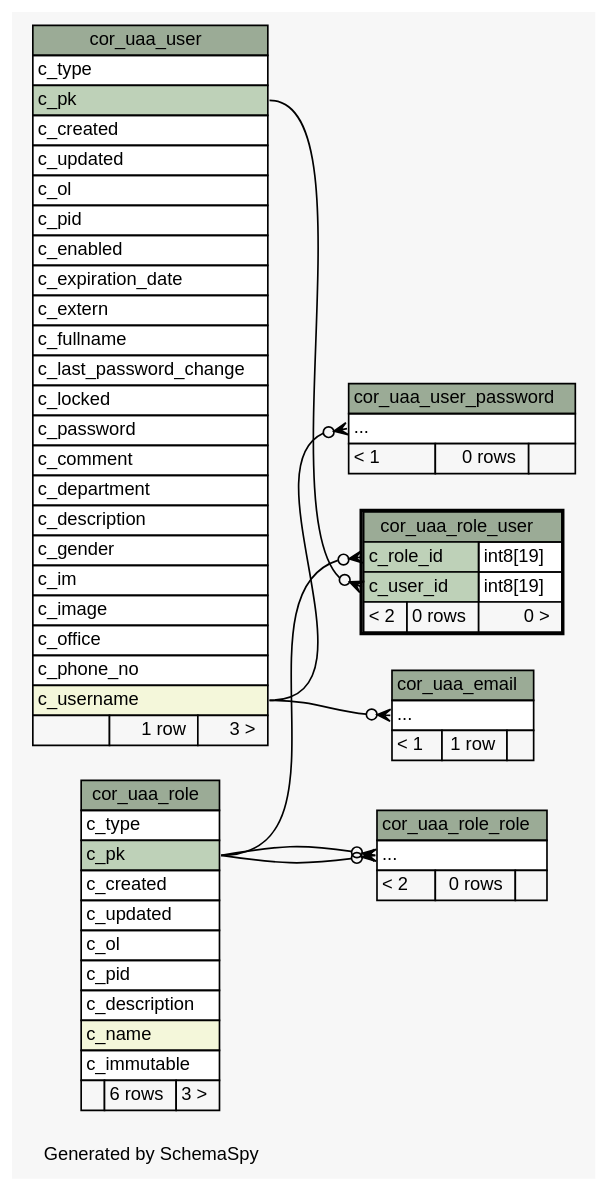
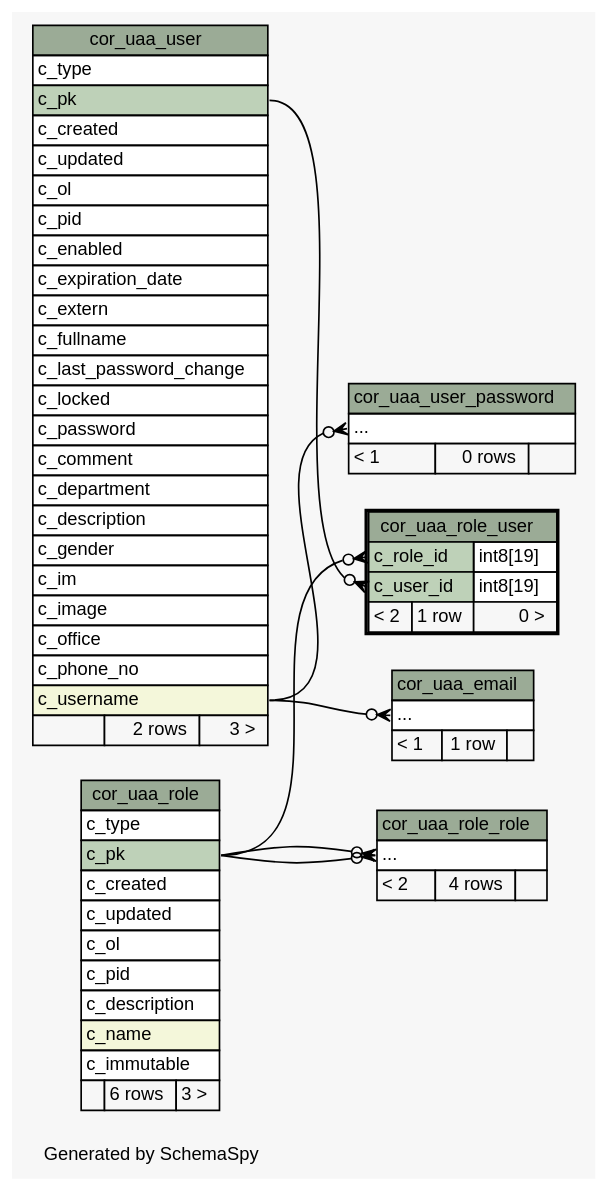
Before and after one commit to openwms/org.openwms.core.uaa: the diagram in 1.1.0-SNAPSHOT/schemaspy/diagrams/cor_uaa_role_user.2degrees.dot, drawn with Graphviz. The commit also changed 230 other files, not shown here.

```diff
--- a/1.1.0-SNAPSHOT/schemaspy/diagrams/cor_uaa_role_user.2degrees.dot
+++ b/1.1.0-SNAPSHOT/schemaspy/diagrams/cor_uaa_role_user.2degrees.dot
@@ -1,118 +1,118 @@
 // dot 2.43.0 on Linux 5.8.0-1033-azure
 // SchemaSpy rev Unknown
 digraph "twoDegreesRelationshipsDiagram" {
   graph [
     rankdir="RL"
     bgcolor="#f7f7f7"
     label="\nGenerated by SchemaSpy"
     labeljust="l"
     nodesep="0.18"
     ranksep="0.46"
     fontname="Helvetica"
     fontsize="11"
   ];
   node [
     fontname="Helvetica"
     fontsize="11"
     shape="plaintext"
   ];
   edge [
     arrowsize="0.8"
   ];
   "cor_uaa_email":"elipses":w -> "cor_uaa_user":"c_username":e [arrowhead=none dir=back arrowtail=crowodot];
   "cor_uaa_role_role":"elipses":w -> "cor_uaa_role":"c_pk":e [arrowhead=none dir=back arrowtail=crowodot];
   "cor_uaa_role_role":"elipses":w -> "cor_uaa_role":"c_pk":e [arrowhead=none dir=back arrowtail=crowodot];
   "cor_uaa_role_user":"c_role_id":w -> "cor_uaa_role":"c_pk":e [arrowhead=none dir=back arrowtail=crowodot];
   "cor_uaa_role_user":"c_user_id":w -> "cor_uaa_user":"c_pk":e [arrowhead=none dir=back arrowtail=crowodot];
   "cor_uaa_user_password":"elipses":w -> "cor_uaa_user":"c_username":e [arrowhead=none dir=back arrowtail=crowodot];
   "cor_uaa_email" [
     label=<
     <TABLE BORDER="0" CELLBORDER="1" CELLSPACING="0" BGCOLOR="#ffffff">
       <TR><TD COLSPAN="3" BGCOLOR="#9bab96" ALIGN="CENTER">cor_uaa_email</TD></TR>
       <TR><TD PORT="elipses" COLSPAN="3" ALIGN="LEFT">...</TD></TR>
       <TR><TD ALIGN="LEFT" BGCOLOR="#f7f7f7">&lt; 1</TD><TD ALIGN="RIGHT" BGCOLOR="#f7f7f7">1 row</TD><TD ALIGN="RIGHT" BGCOLOR="#f7f7f7">  </TD></TR>
     </TABLE>>
     URL="cor_uaa_email.html"
     tooltip="cor_uaa_email"
   ];
   "cor_uaa_role" [
     label=<
     <TABLE BORDER="0" CELLBORDER="1" CELLSPACING="0" BGCOLOR="#ffffff">
       <TR><TD COLSPAN="3" BGCOLOR="#9bab96" ALIGN="CENTER">cor_uaa_role</TD></TR>
       <TR><TD PORT="c_type" COLSPAN="3" ALIGN="LEFT">c_type</TD></TR>
       <TR><TD PORT="c_pk" COLSPAN="3" BGCOLOR="#bed1b8" ALIGN="LEFT">c_pk</TD></TR>
       <TR><TD PORT="c_created" COLSPAN="3" ALIGN="LEFT">c_created</TD></TR>
       <TR><TD PORT="c_updated" COLSPAN="3" ALIGN="LEFT">c_updated</TD></TR>
       <TR><TD PORT="c_ol" COLSPAN="3" ALIGN="LEFT">c_ol</TD></TR>
       <TR><TD PORT="c_pid" COLSPAN="3" ALIGN="LEFT">c_pid</TD></TR>
       <TR><TD PORT="c_description" COLSPAN="3" ALIGN="LEFT">c_description</TD></TR>
       <TR><TD PORT="c_name" COLSPAN="3" BGCOLOR="#f4f7da" ALIGN="LEFT">c_name</TD></TR>
       <TR><TD PORT="c_immutable" COLSPAN="3" ALIGN="LEFT">c_immutable</TD></TR>
       <TR><TD ALIGN="LEFT" BGCOLOR="#f7f7f7">  </TD><TD ALIGN="RIGHT" BGCOLOR="#f7f7f7">6 rows</TD><TD ALIGN="RIGHT" BGCOLOR="#f7f7f7">3 &gt;</TD></TR>
     </TABLE>>
     URL="cor_uaa_role.html"
     tooltip="cor_uaa_role"
   ];
   "cor_uaa_role_role" [
     label=<
     <TABLE BORDER="0" CELLBORDER="1" CELLSPACING="0" BGCOLOR="#ffffff">
       <TR><TD COLSPAN="3" BGCOLOR="#9bab96" ALIGN="CENTER">cor_uaa_role_role</TD></TR>
       <TR><TD PORT="elipses" COLSPAN="3" ALIGN="LEFT">...</TD></TR>
-      <TR><TD ALIGN="LEFT" BGCOLOR="#f7f7f7">&lt; 2</TD><TD ALIGN="RIGHT" BGCOLOR="#f7f7f7">0 rows</TD><TD ALIGN="RIGHT" BGCOLOR="#f7f7f7">  </TD></TR>
+      <TR><TD ALIGN="LEFT" BGCOLOR="#f7f7f7">&lt; 2</TD><TD ALIGN="RIGHT" BGCOLOR="#f7f7f7">4 rows</TD><TD ALIGN="RIGHT" BGCOLOR="#f7f7f7">  </TD></TR>
     </TABLE>>
     URL="cor_uaa_role_role.html"
     tooltip="cor_uaa_role_role"
   ];
   "cor_uaa_role_user" [
     label=<
     <TABLE BORDER="2" CELLBORDER="1" CELLSPACING="0" BGCOLOR="#ffffff">
       <TR><TD COLSPAN="3" BGCOLOR="#9bab96" ALIGN="CENTER">cor_uaa_role_user</TD></TR>
       <TR><TD PORT="c_role_id" COLSPAN="2" BGCOLOR="#bed1b8" ALIGN="LEFT">c_role_id</TD><TD PORT="c_role_id.type" ALIGN="LEFT">int8[19]</TD></TR>
       <TR><TD PORT="c_user_id" COLSPAN="2" BGCOLOR="#bed1b8" ALIGN="LEFT">c_user_id</TD><TD PORT="c_user_id.type" ALIGN="LEFT">int8[19]</TD></TR>
-      <TR><TD ALIGN="LEFT" BGCOLOR="#f7f7f7">&lt; 2</TD><TD ALIGN="RIGHT" BGCOLOR="#f7f7f7">0 rows</TD><TD ALIGN="RIGHT" BGCOLOR="#f7f7f7">0 &gt;</TD></TR>
+      <TR><TD ALIGN="LEFT" BGCOLOR="#f7f7f7">&lt; 2</TD><TD ALIGN="RIGHT" BGCOLOR="#f7f7f7">1 row</TD><TD ALIGN="RIGHT" BGCOLOR="#f7f7f7">0 &gt;</TD></TR>
     </TABLE>>
     URL="cor_uaa_role_user.html"
     tooltip="cor_uaa_role_user"
   ];
   "cor_uaa_user" [
     label=<
     <TABLE BORDER="0" CELLBORDER="1" CELLSPACING="0" BGCOLOR="#ffffff">
       <TR><TD COLSPAN="3" BGCOLOR="#9bab96" ALIGN="CENTER">cor_uaa_user</TD></TR>
       <TR><TD PORT="c_type" COLSPAN="3" ALIGN="LEFT">c_type</TD></TR>
       <TR><TD PORT="c_pk" COLSPAN="3" BGCOLOR="#bed1b8" ALIGN="LEFT">c_pk</TD></TR>
       <TR><TD PORT="c_created" COLSPAN="3" ALIGN="LEFT">c_created</TD></TR>
       <TR><TD PORT="c_updated" COLSPAN="3" ALIGN="LEFT">c_updated</TD></TR>
       <TR><TD PORT="c_ol" COLSPAN="3" ALIGN="LEFT">c_ol</TD></TR>
       <TR><TD PORT="c_pid" COLSPAN="3" ALIGN="LEFT">c_pid</TD></TR>
       <TR><TD PORT="c_enabled" COLSPAN="3" ALIGN="LEFT">c_enabled</TD></TR>
       <TR><TD PORT="c_expiration_date" COLSPAN="3" ALIGN="LEFT">c_expiration_date</TD></TR>
       <TR><TD PORT="c_extern" COLSPAN="3" ALIGN="LEFT">c_extern</TD></TR>
       <TR><TD PORT="c_fullname" COLSPAN="3" ALIGN="LEFT">c_fullname</TD></TR>
       <TR><TD PORT="c_last_password_change" COLSPAN="3" ALIGN="LEFT">c_last_password_change</TD></TR>
       <TR><TD PORT="c_locked" COLSPAN="3" ALIGN="LEFT">c_locked</TD></TR>
       <TR><TD PORT="c_password" COLSPAN="3" ALIGN="LEFT">c_password</TD></TR>
       <TR><TD PORT="c_comment" COLSPAN="3" ALIGN="LEFT">c_comment</TD></TR>
       <TR><TD PORT="c_department" COLSPAN="3" ALIGN="LEFT">c_department</TD></TR>
       <TR><TD PORT="c_description" COLSPAN="3" ALIGN="LEFT">c_description</TD></TR>
       <TR><TD PORT="c_gender" COLSPAN="3" ALIGN="LEFT">c_gender</TD></TR>
       <TR><TD PORT="c_im" COLSPAN="3" ALIGN="LEFT">c_im</TD></TR>
       <TR><TD PORT="c_image" COLSPAN="3" ALIGN="LEFT">c_image</TD></TR>
       <TR><TD PORT="c_office" COLSPAN="3" ALIGN="LEFT">c_office</TD></TR>
       <TR><TD PORT="c_phone_no" COLSPAN="3" ALIGN="LEFT">c_phone_no</TD></TR>
       <TR><TD PORT="c_username" COLSPAN="3" BGCOLOR="#f4f7da" ALIGN="LEFT">c_username</TD></TR>
-      <TR><TD ALIGN="LEFT" BGCOLOR="#f7f7f7">  </TD><TD ALIGN="RIGHT" BGCOLOR="#f7f7f7">1 row</TD><TD ALIGN="RIGHT" BGCOLOR="#f7f7f7">3 &gt;</TD></TR>
+      <TR><TD ALIGN="LEFT" BGCOLOR="#f7f7f7">  </TD><TD ALIGN="RIGHT" BGCOLOR="#f7f7f7">2 rows</TD><TD ALIGN="RIGHT" BGCOLOR="#f7f7f7">3 &gt;</TD></TR>
     </TABLE>>
     URL="cor_uaa_user.html"
     tooltip="cor_uaa_user"
   ];
   "cor_uaa_user_password" [
     label=<
     <TABLE BORDER="0" CELLBORDER="1" CELLSPACING="0" BGCOLOR="#ffffff">
       <TR><TD COLSPAN="3" BGCOLOR="#9bab96" ALIGN="CENTER">cor_uaa_user_password</TD></TR>
       <TR><TD PORT="elipses" COLSPAN="3" ALIGN="LEFT">...</TD></TR>
       <TR><TD ALIGN="LEFT" BGCOLOR="#f7f7f7">&lt; 1</TD><TD ALIGN="RIGHT" BGCOLOR="#f7f7f7">0 rows</TD><TD ALIGN="RIGHT" BGCOLOR="#f7f7f7">  </TD></TR>
     </TABLE>>
     URL="cor_uaa_user_password.html"
     tooltip="cor_uaa_user_password"
   ];
 }
```
